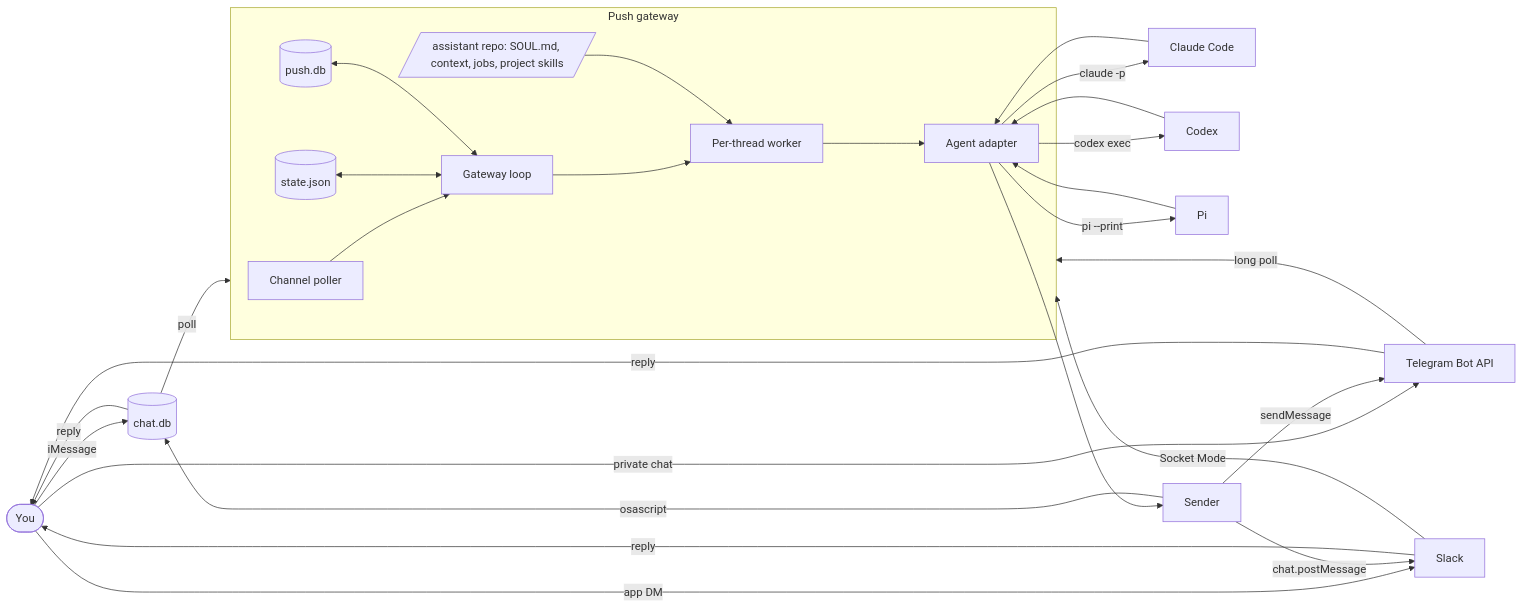
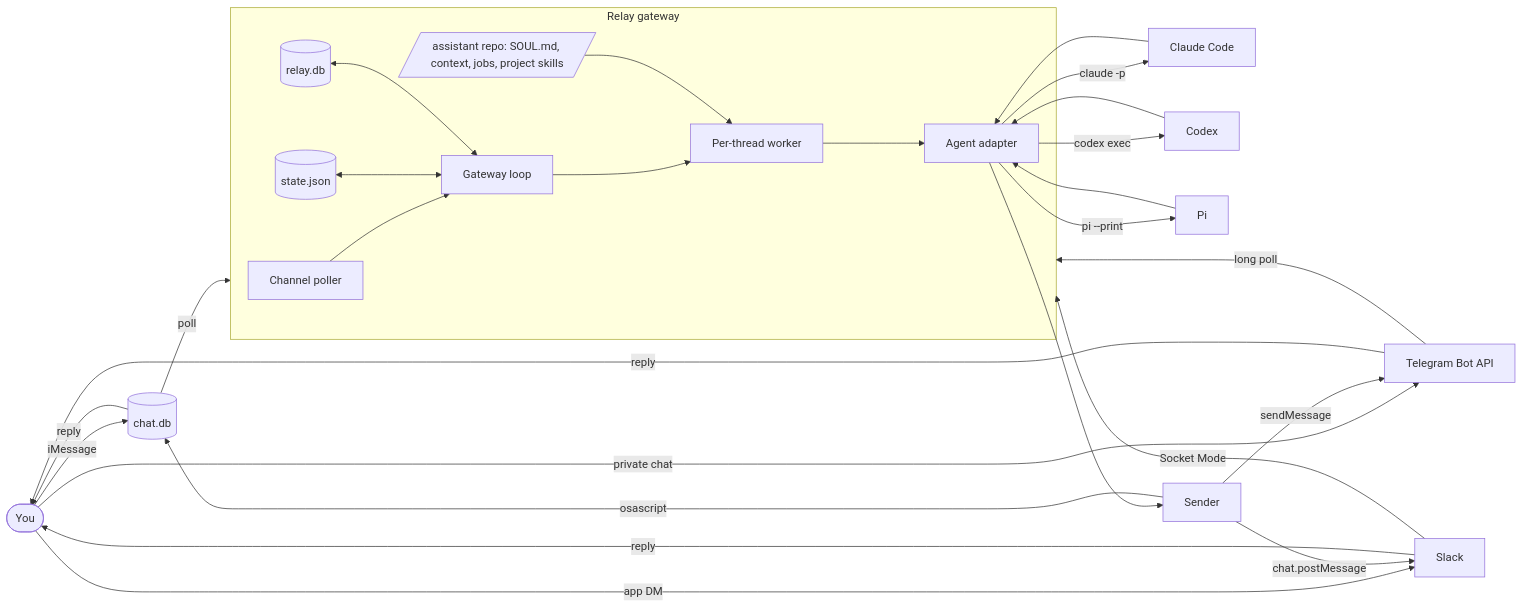
The first of 2 diagrams in docs/architecture.md (edheltzel/Relay), drawn with Mermaid before and after one commit. The commit also changed other lines of this file and 59 other files, not shown here.

First line of the commit message:
refactor: rename Push to Relay

````diff
--- a/docs/architecture.md
+++ b/docs/architecture.md
@@ -65,30 +65,30 @@
 ```mermaid
 flowchart LR
     user([You]) -->|iMessage| db[(chat.db)]
     user -->|private chat| tg[Telegram Bot API]
     user -->|app DM| slack[Slack]
-    db -->|poll| push
-    tg -->|long poll| push
-    slack -->|Socket Mode| push
-    subgraph push[Push gateway]
+    db -->|poll| relay
+    tg -->|long poll| relay
+    slack -->|Socket Mode| relay
+    subgraph relay[Relay gateway]
         poller[Channel poller] --> gateway[Gateway loop]
         gateway --> worker[Per-thread worker]
         store[(state.json)] <--> gateway
-        history[(push.db)] <--> gateway
+        history[(relay.db)] <--> gateway
         assistant[/assistant repo: SOUL.md, context, jobs, project skills/] --> worker
         worker --> adapter[Agent adapter]
     end
     adapter -->|claude -p| claude[Claude Code]
     adapter -->|codex exec| codex[Codex]
     adapter -->|pi --print| pi[Pi]
     claude --> adapter
     codex --> adapter
     pi --> adapter
     adapter --> sender[Sender]
     sender -->|osascript| db
     sender -->|sendMessage| tg
     sender -->|chat.postMessage| slack
     db -->|reply| user
     tg -->|reply| user
     slack -->|reply| user
 ```
````
